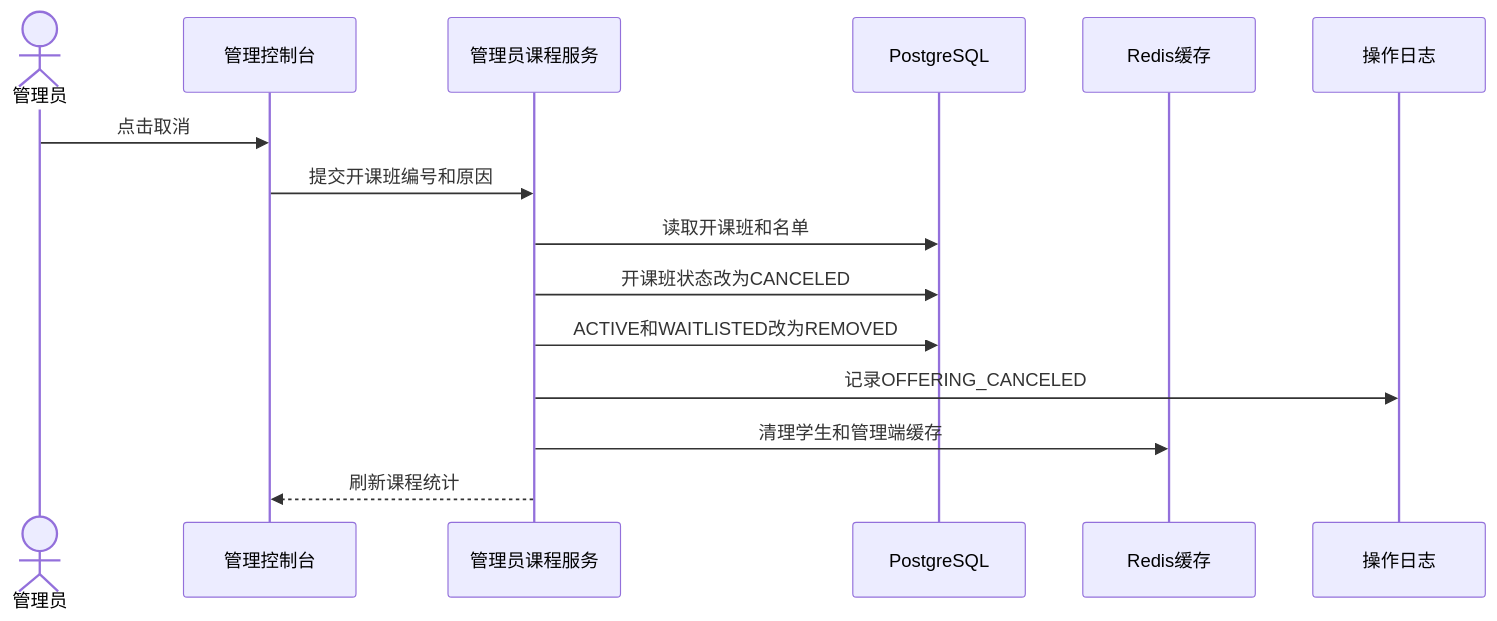
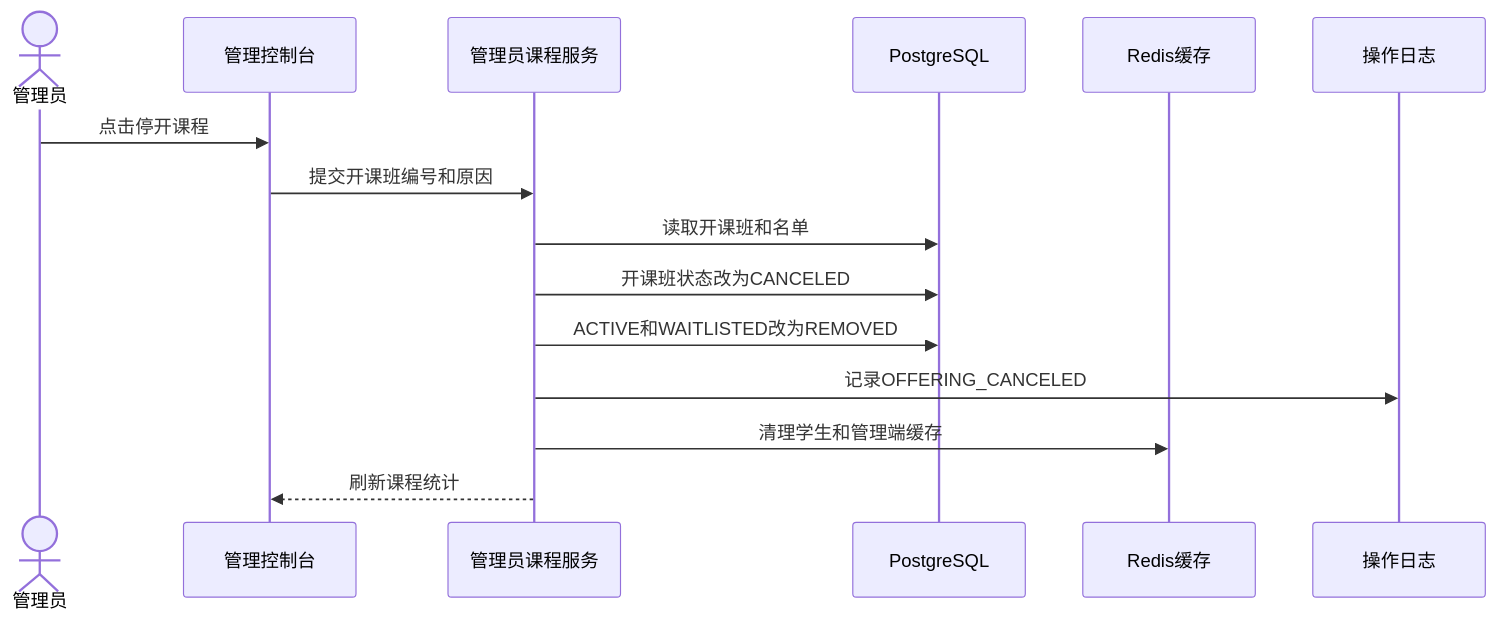
One commit to schenfune/homework2606 changed the fourth of 4 diagrams in course-reports/sequence-diagrams.md. Above: the diagram before and after it, drawn with Mermaid. The commit also changed other lines of this file and 10 other files, not shown here.

````diff
--- a/course-reports/sequence-diagrams.md
+++ b/course-reports/sequence-diagrams.md
@@ -94,18 +94,18 @@
 ```mermaid
 sequenceDiagram
     actor Admin as 管理员
     participant Page as 管理控制台
     participant Service as 管理员课程服务
     participant DB as PostgreSQL
     participant Cache as Redis缓存
     participant Log as 操作日志
 
-    Admin->>Page: 点击取消
+    Admin->>Page: 点击停开课程
     Page->>Service: 提交开课班编号和原因
     Service->>DB: 读取开课班和名单
     Service->>DB: 开课班状态改为CANCELED
     Service->>DB: ACTIVE和WAITLISTED改为REMOVED
     Service->>Log: 记录OFFERING_CANCELED
     Service->>Cache: 清理学生和管理端缓存
     Service-->>Page: 刷新课程统计
 ```
````
